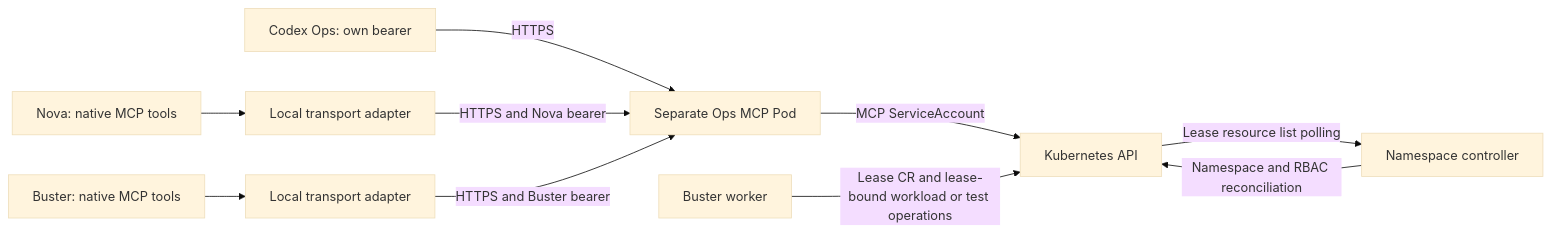
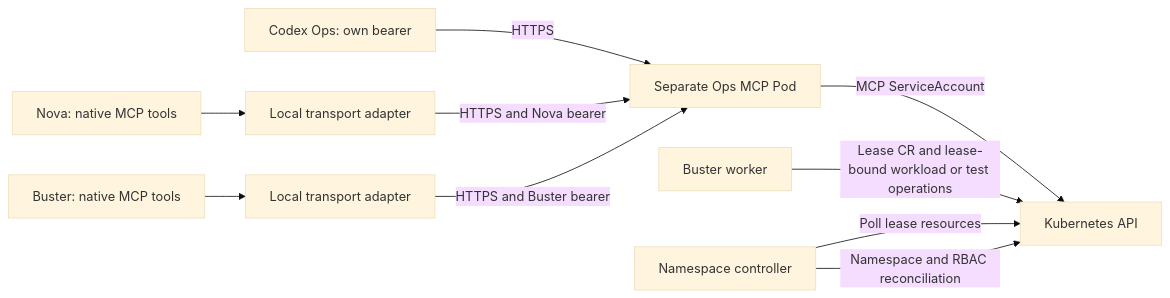
Before and after one commit to datrab/kubeclaw: the diagram in docs/site/understand/ops-mcp.md, drawn with Mermaid (base theme). The commit also changed other lines of this file and 42 other files, not shown here.

Commit message:
docs: bind central Ops diagrams and exact refs harness successor

````diff
--- a/docs/site/understand/ops-mcp.md
+++ b/docs/site/understand/ops-mcp.md
@@ -55,12 +55,12 @@
 ```mermaid
 flowchart LR
   Codex[Codex Ops: own bearer] -->|HTTPS| MCP[Separate Ops MCP Pod]
   Nova[Nova: native MCP tools] --> AdapterN[Local transport adapter]
   Buster[Buster: native MCP tools] --> AdapterB[Local transport adapter]
   AdapterN -->|HTTPS and Nova bearer| MCP
   AdapterB -->|HTTPS and Buster bearer| MCP
   MCP -->|MCP ServiceAccount| API[Kubernetes API]
   Worker[Buster worker] -->|Lease CR and lease-bound workload or test operations| API
-  API -->|Lease resource list polling| Controller[Namespace controller]
+  Controller[Namespace controller] -->|Poll lease resources| API
   Controller -->|Namespace and RBAC reconciliation| API
 ```
````
